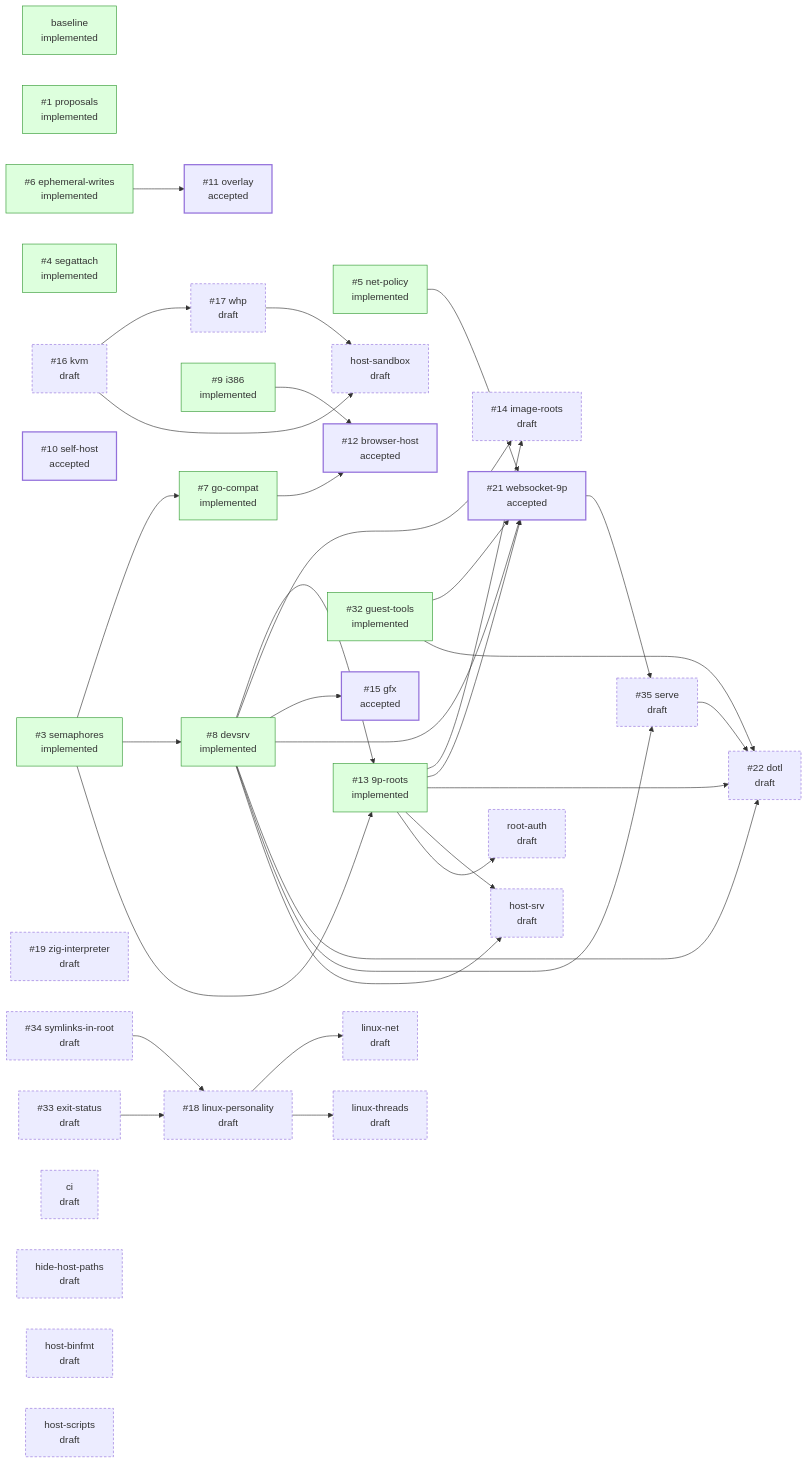
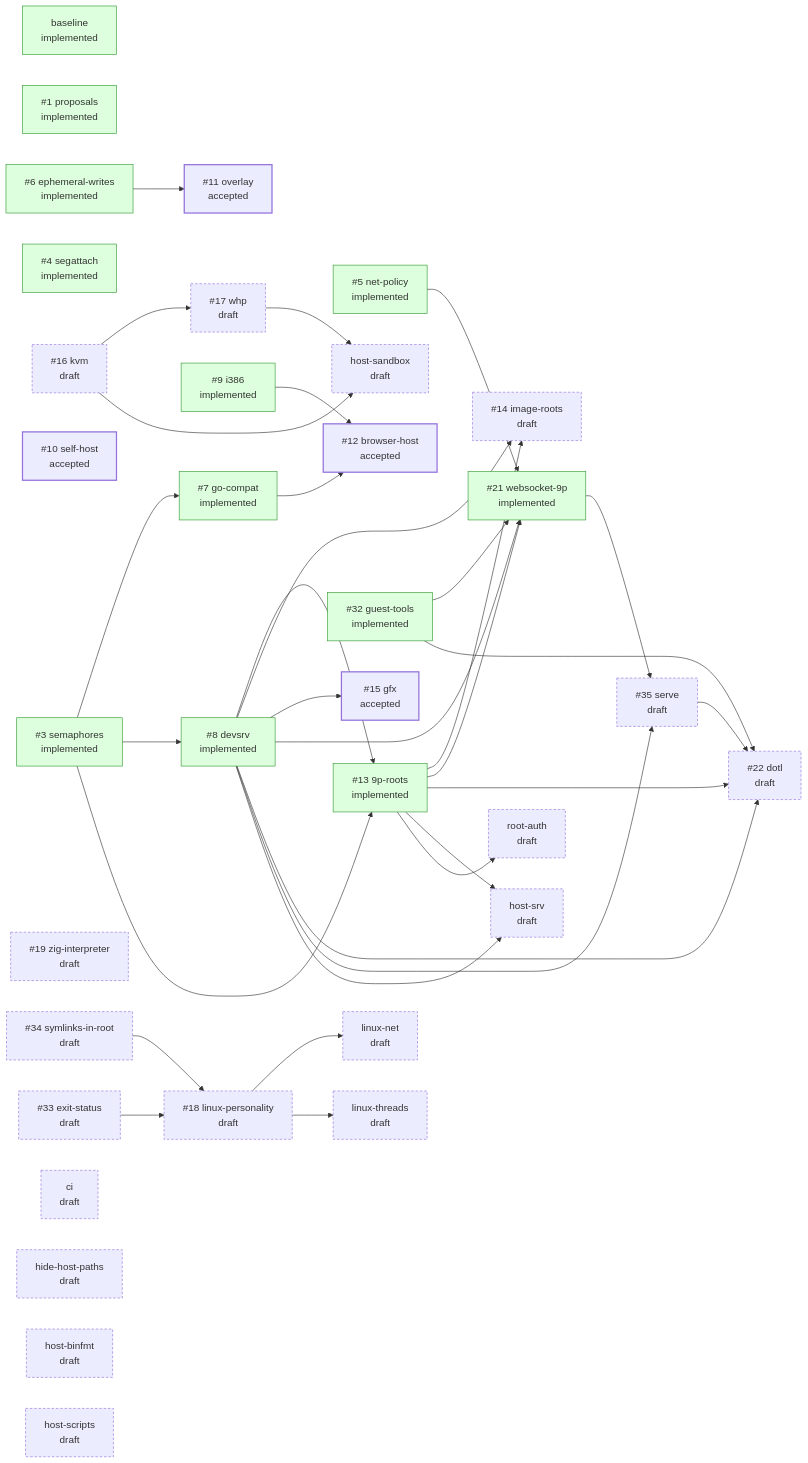
One commit to progrium/hyper9 changed the diagram in README.md. Above: the diagram before and after it, drawn with Mermaid. The commit also changed other lines of this file and 2 other files, not shown here.

First line of the commit message:
design: mark websocket-9p implemented; its web step moves to browser-host

````diff
--- a/README.md
+++ b/README.md
@@ -52,71 +52,71 @@
 ```mermaid
 flowchart LR
   classDef draft stroke-dasharray: 4 3
   classDef accepted stroke-width: 2px
   classDef implemented fill:#dfd,stroke:#393
   classDef closed fill:#eee,stroke:#999,color:#777
   p_baseline["baseline<br/>implemented"]:::implemented
   p_proposals["#35;1 proposals<br/>implemented"]:::implemented
   p_semaphores["#35;3 semaphores<br/>implemented"]:::implemented
   p_segattach["#35;4 segattach<br/>implemented"]:::implemented
   p_net_policy["#35;5 net-policy<br/>implemented"]:::implemented
   p_ephemeral_writes["#35;6 ephemeral-writes<br/>implemented"]:::implemented
   p_go_compat["#35;7 go-compat<br/>implemented"]:::implemented
   p_devsrv["#35;8 devsrv<br/>implemented"]:::implemented
   p_i386["#35;9 i386<br/>implemented"]:::implemented
   p_self_host["#35;10 self-host<br/>accepted"]:::accepted
   p_overlay["#35;11 overlay<br/>accepted"]:::accepted
   p_browser_host["#35;12 browser-host<br/>accepted"]:::accepted
   p_9p_roots["#35;13 9p-roots<br/>implemented"]:::implemented
   p_image_roots["#35;14 image-roots<br/>draft"]:::draft
   p_gfx["#35;15 gfx<br/>accepted"]:::accepted
   p_kvm["#35;16 kvm<br/>draft"]:::draft
   p_whp["#35;17 whp<br/>draft"]:::draft
   p_linux_personality["#35;18 linux-personality<br/>draft"]:::draft
   p_zig_interpreter["#35;19 zig-interpreter<br/>draft"]:::draft
-  p_websocket_9p["#35;21 websocket-9p<br/>accepted"]:::accepted
+  p_websocket_9p["#35;21 websocket-9p<br/>implemented"]:::implemented
   p_dotl["#35;22 dotl<br/>draft"]:::draft
   p_guest_tools["#35;32 guest-tools<br/>implemented"]:::implemented
   p_exit_status["#35;33 exit-status<br/>draft"]:::draft
   p_symlinks_in_root["#35;34 symlinks-in-root<br/>draft"]:::draft
   p_serve["#35;35 serve<br/>draft"]:::draft
   p_ci["ci<br/>draft"]:::draft
   p_hide_host_paths["hide-host-paths<br/>draft"]:::draft
   p_host_binfmt["host-binfmt<br/>draft"]:::draft
   p_host_sandbox["host-sandbox<br/>draft"]:::draft
   p_host_scripts["host-scripts<br/>draft"]:::draft
   p_host_srv["host-srv<br/>draft"]:::draft
   p_linux_net["linux-net<br/>draft"]:::draft
   p_linux_threads["linux-threads<br/>draft"]:::draft
   p_root_auth["root-auth<br/>draft"]:::draft
   p_semaphores --> p_go_compat
   p_semaphores --> p_devsrv
   p_ephemeral_writes --> p_overlay
   p_go_compat --> p_browser_host
   p_i386 --> p_browser_host
   p_semaphores --> p_9p_roots
   p_devsrv --> p_9p_roots
   p_devsrv --> p_image_roots
   p_9p_roots --> p_image_roots
   p_devsrv --> p_gfx
   p_kvm --> p_whp
   p_symlinks_in_root --> p_linux_personality
   p_exit_status --> p_linux_personality
   p_net_policy --> p_websocket_9p
   p_devsrv --> p_websocket_9p
   p_9p_roots --> p_websocket_9p
   p_guest_tools --> p_websocket_9p
   p_devsrv --> p_dotl
   p_9p_roots --> p_dotl
   p_serve --> p_dotl
   p_guest_tools --> p_dotl
   p_devsrv --> p_serve
   p_websocket_9p --> p_serve
   p_kvm --> p_host_sandbox
   p_whp --> p_host_sandbox
   p_devsrv --> p_host_srv
   p_9p_roots --> p_host_srv
   p_linux_personality --> p_linux_net
   p_linux_personality --> p_linux_threads
   p_9p_roots --> p_root_auth
 ```
````
